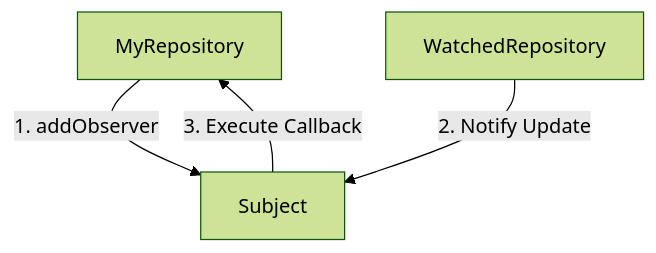
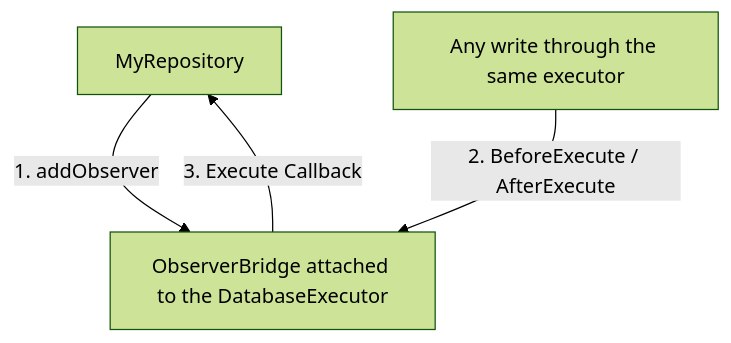
The diagram in docs/php/micro-orm/observers.md (byjg/byjg.github.io), drawn with Mermaid (forest theme) before and after one commit. The commit also changed other lines of this file and 22 other files, not shown here.

````diff
--- a/docs/php/micro-orm/observers.md
+++ b/docs/php/micro-orm/observers.md
@@ -9,6 +16,6 @@
 ```mermaid
 flowchart TD
-    A[MyRepository] --> |1. addObserver| B[Subject]
-    C[WatchedRepository] --> |2. Notify Update| B
+    A[MyRepository] --> |1. addObserver| B[ObserverBridge attached to the DatabaseExecutor]
+    C[Any write through the same executor] --> |2. BeforeExecute / AfterExecute| B
     B --> |3. Execute Callback| A
 ```
````
